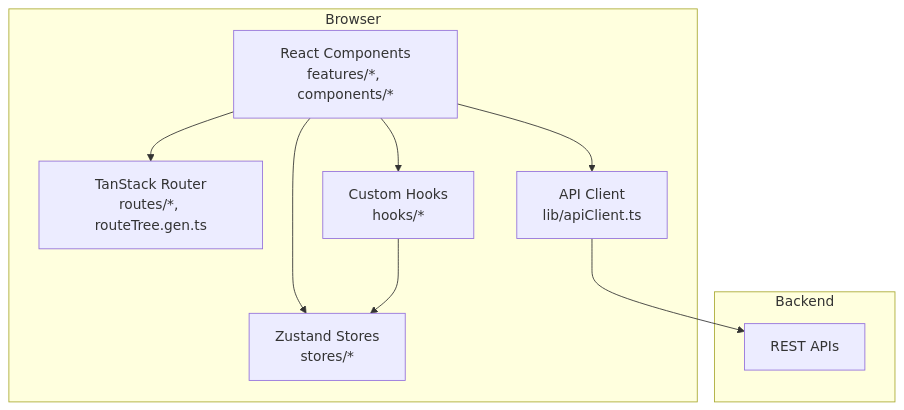
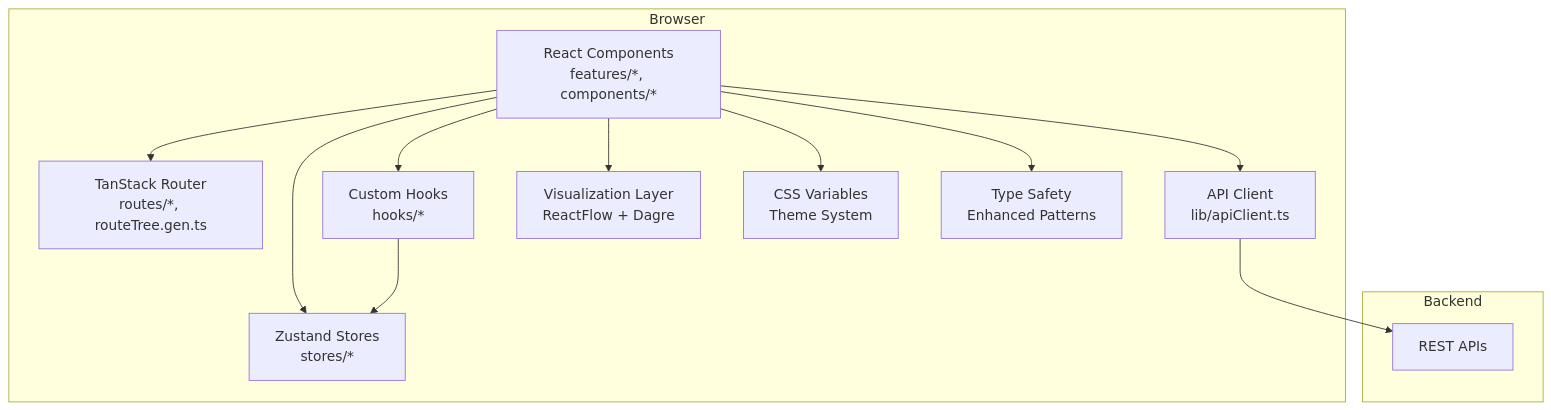
One commit to franckylab/eLISAschool changed the second of 10 diagrams in .qoder/repowiki/en/content/System Architecture/Frontend Architecture/Frontend Architecture.md. Above: the diagram before and after it, drawn with Mermaid. The commit also changed other lines of this file and 134 other files, not shown here.

````diff
--- a/.qoder/repowiki/en/content/System Architecture/Frontend Architecture/Frontend Architecture.md
+++ b/.qoder/repowiki/en/content/System Architecture/Frontend Architecture/Frontend Architecture.md
@@ -120,19 +141,25 @@
 ```mermaid
 graph TB
 subgraph "Browser"
 UI["React Components<br/>features/*, components/*"]
 Router["TanStack Router<br/>routes/*, routeTree.gen.ts"]
 Store["Zustand Stores<br/>stores/*"]
 Hooks["Custom Hooks<br/>hooks/*"]
 Client["API Client<br/>lib/apiClient.ts"]
+Visual["Visualization Layer<br/>ReactFlow + Dagre"]
+Theme["CSS Variables<br/>Theme System"]
+Types["Type Safety<br/>Enhanced Patterns"]
 end
 subgraph "Backend"
 API["REST APIs"]
 end
 UI --> Router
 UI --> Store
 UI --> Hooks
+UI --> Visual
+UI --> Theme
+UI --> Types
 Hooks --> Store
 UI --> Client
 Client --> API
 ```
````
